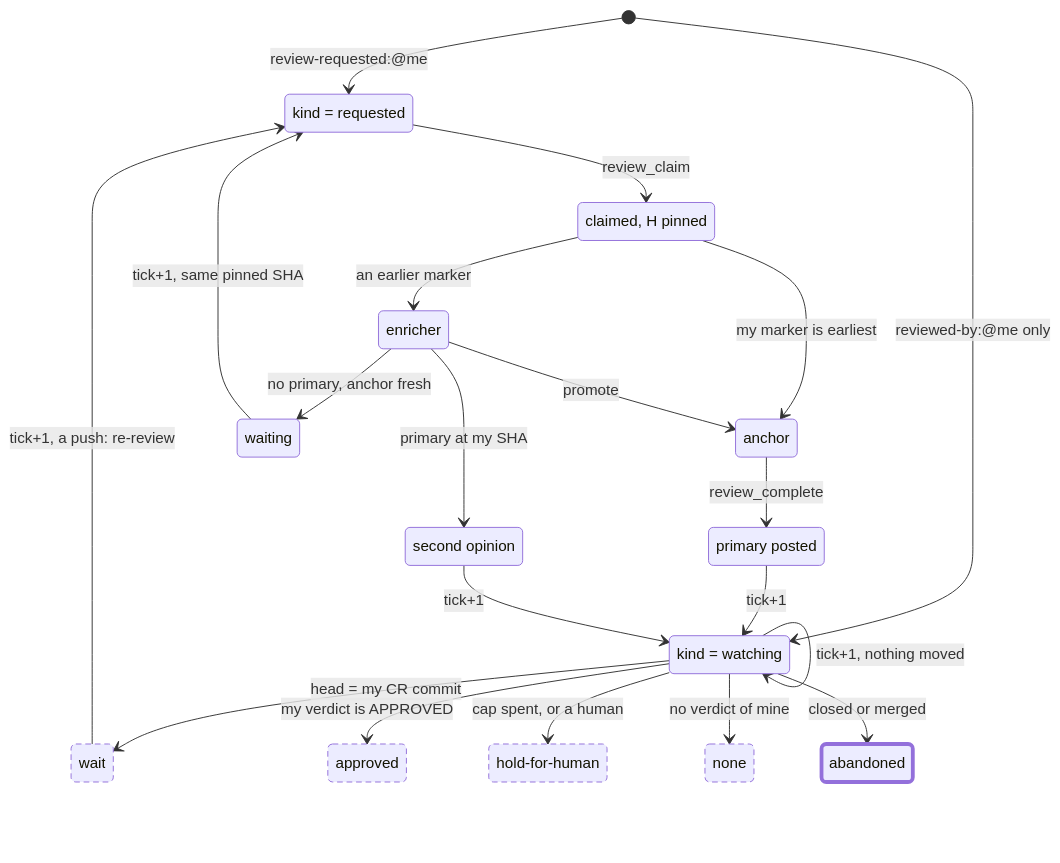
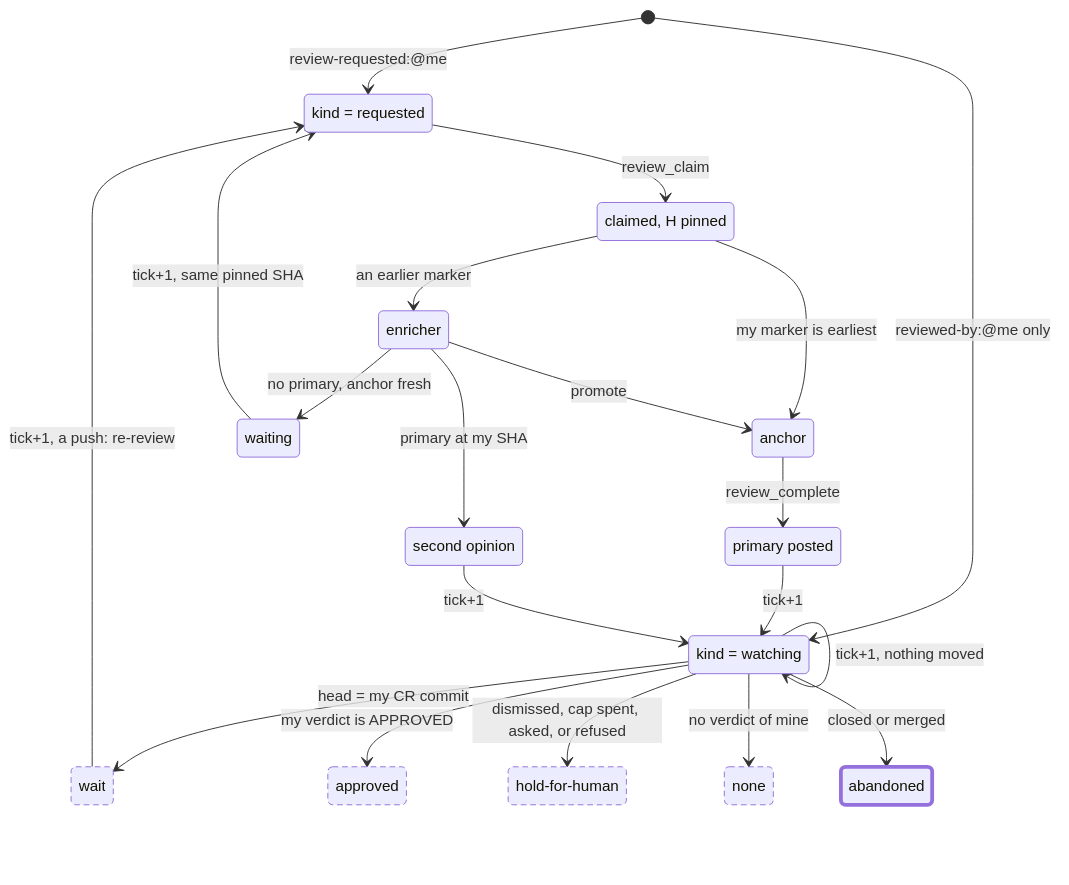
Before and after one commit to input-output-hk/agent-peer-review: the second of 11 diagrams in docs/how-it-works.md, drawn with Mermaid. The commit also changed other lines of this file and 92 other files, not shown here.

````diff
--- a/docs/how-it-works.md
+++ b/docs/how-it-works.md
@@ -114,43 +115,43 @@
 ```mermaid
 stateDiagram-v2
   direction TB
 
   state "kind = requested" as RQ
   state "claimed, H pinned" as CL
   state "anchor" as AN
   state "enricher" as EN
   state "primary posted" as PP
   state "second opinion" as SO
   state "waiting" as WA
   state "kind = watching" as WT
   state "wait" as WI
   state "approved" as AP
   state "hold-for-human" as HH
   state "none" as NO
   state "abandoned" as AB
 
   [*] --> RQ : review-requested:@me
   [*] --> WT : reviewed-by:@me only
   RQ --> CL : review_claim
   CL --> AN : my marker is earliest
   CL --> EN : an earlier marker
   AN --> PP : review_complete
   EN --> SO : primary at my SHA
   EN --> WA : no primary, anchor fresh
   EN --> AN : promote
   WA --> RQ : tick+1, same pinned SHA
   PP --> WT : tick+1
   SO --> WT : tick+1
   WT --> WI : head = my CR commit
   WT --> AP : my verdict is APPROVED
-  WT --> HH : cap spent, or a human
+  WT --> HH : dismissed, cap spent, asked, or refused
   WT --> NO : no verdict of mine
   WT --> AB : closed or merged
   WT --> WT : tick+1, nothing moved
   WI --> RQ : tick+1, a push: re-review
 
   class AB terminal
   class HH,AP,NO,WI pending
   classDef terminal stroke-width:4px
   classDef pending stroke-dasharray: 6 4
 ```
````
